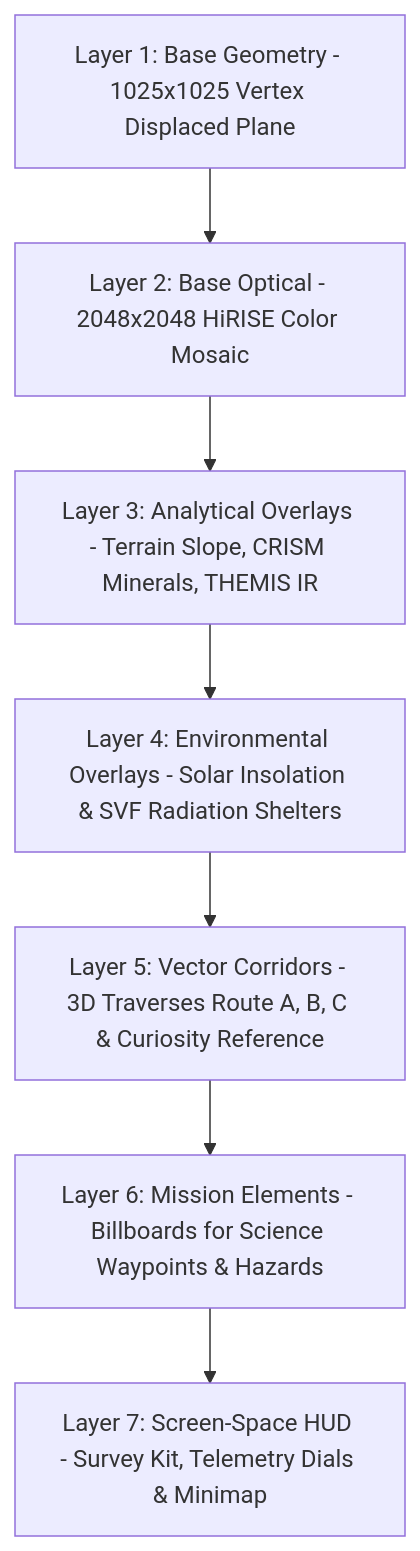
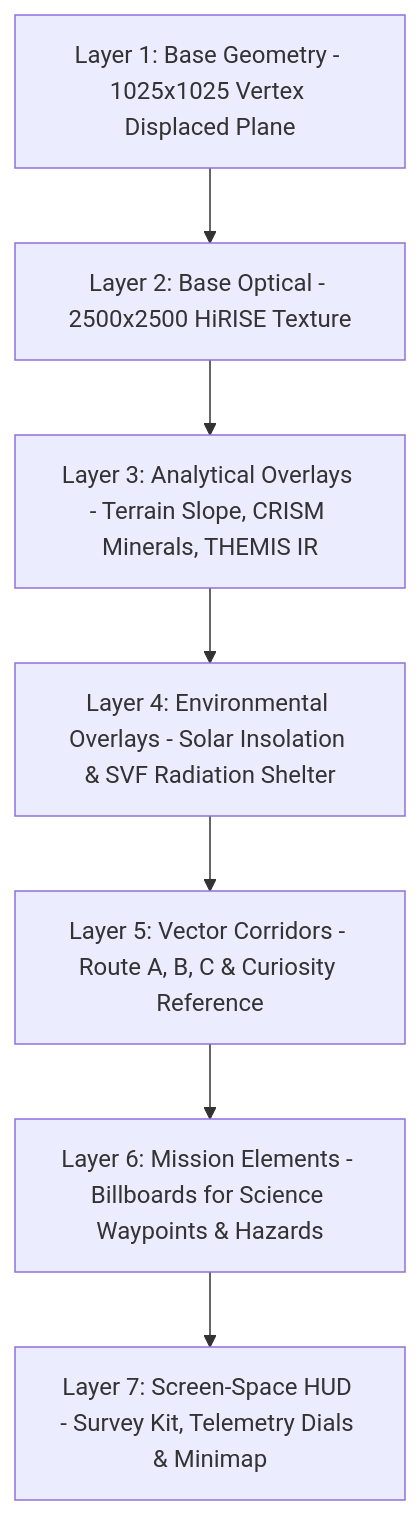
The fourth of 4 diagrams in README.md (Erebo/red-quest), drawn with Mermaid before and after one commit. The commit also changed other lines of this file, not shown here.

````diff
--- a/README.md
+++ b/README.md
@@ -367,12 +386,12 @@
 ```mermaid
 graph TD
     L1[Layer 1: Base Geometry - 1025x1025 Vertex Displaced Plane]
-    L2[Layer 2: Base Optical - 2048x2048 HiRISE Color Mosaic]
+    L2[Layer 2: Base Optical - 2500x2500 HiRISE Texture]
     L3[Layer 3: Analytical Overlays - Terrain Slope, CRISM Minerals, THEMIS IR]
-    L4[Layer 4: Environmental Overlays - Solar Insolation & SVF Radiation Shelters]
-    L5[Layer 5: Vector Corridors - 3D Traverses Route A, B, C & Curiosity Reference]
+    L4[Layer 4: Environmental Overlays - Solar Insolation & SVF Radiation Shelter]
+    L5[Layer 5: Vector Corridors - Route A, B, C & Curiosity Reference]
     L6[Layer 6: Mission Elements - Billboards for Science Waypoints & Hazards]
     L7[Layer 7: Screen-Space HUD - Survey Kit, Telemetry Dials & Minimap]
 
     L1 --> L2 --> L3 --> L4 --> L5 --> L6 --> L7
 ```
````
